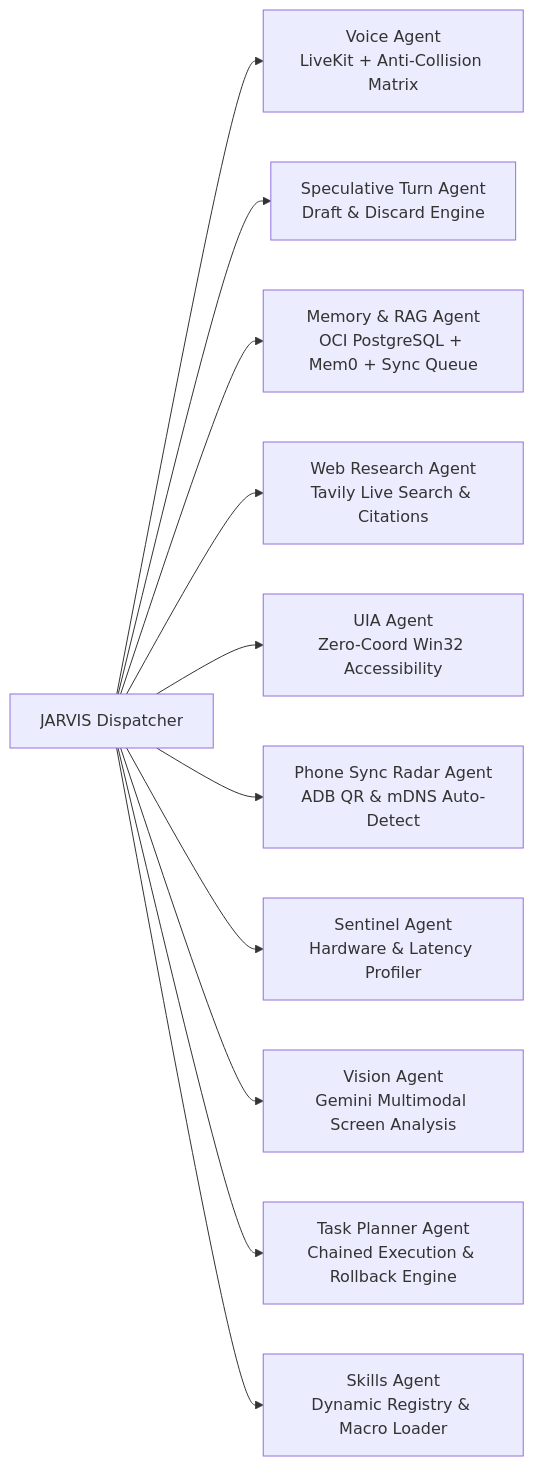
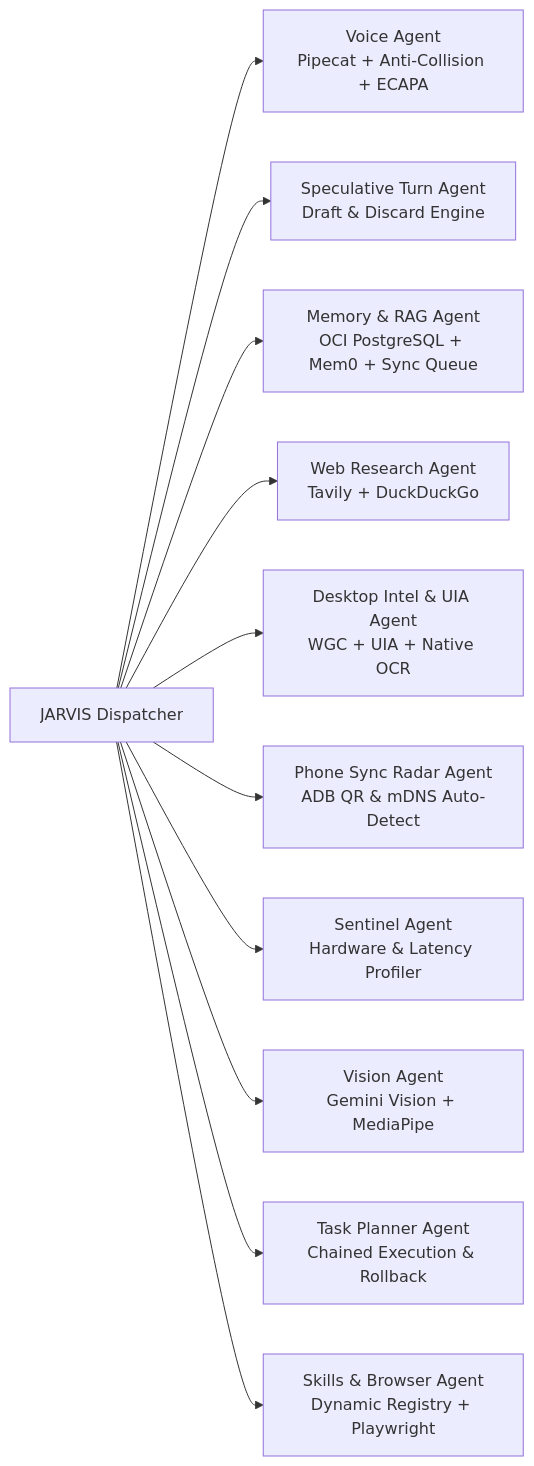
The second of 2 diagrams in AGENTS.md (skullhacker007/Jarvis), drawn with Mermaid before and after one commit. The commit also changed other lines of this file and 10 other files, not shown here.

````diff
--- a/AGENTS.md
+++ b/AGENTS.md
@@ -65,13 +66,13 @@
 ```mermaid
 flowchart LR
-    Dispatcher[JARVIS Dispatcher] --> Agent1[Voice Agent\nLiveKit + Anti-Collision Matrix]
+    Dispatcher[JARVIS Dispatcher] --> Agent1[Voice Agent\nPipecat + Anti-Collision + ECAPA]
     Dispatcher --> Agent2[Speculative Turn Agent\nDraft & Discard Engine]
     Dispatcher --> Agent3[Memory & RAG Agent\nOCI PostgreSQL + Mem0 + Sync Queue]
-    Dispatcher --> Agent4[Web Research Agent\nTavily Live Search & Citations]
-    Dispatcher --> Agent5[UIA Agent\nZero-Coord Win32 Accessibility]
+    Dispatcher --> Agent4[Web Research Agent\nTavily + DuckDuckGo]
+    Dispatcher --> Agent5[Desktop Intel & UIA Agent\nWGC + UIA + Native OCR]
     Dispatcher --> Agent6[Phone Sync Radar Agent\nADB QR & mDNS Auto-Detect]
     Dispatcher --> Agent7[Sentinel Agent\nHardware & Latency Profiler]
-    Dispatcher --> Agent8[Vision Agent\nGemini Multimodal Screen Analysis]
-    Dispatcher --> Agent9[Task Planner Agent\nChained Execution & Rollback Engine]
-    Dispatcher --> Agent10[Skills Agent\nDynamic Registry & Macro Loader]
+    Dispatcher --> Agent8[Vision Agent\nGemini Vision + MediaPipe]
+    Dispatcher --> Agent9[Task Planner Agent\nChained Execution & Rollback]
+    Dispatcher --> Agent10[Skills & Browser Agent\nDynamic Registry + Playwright]
 ```
````
